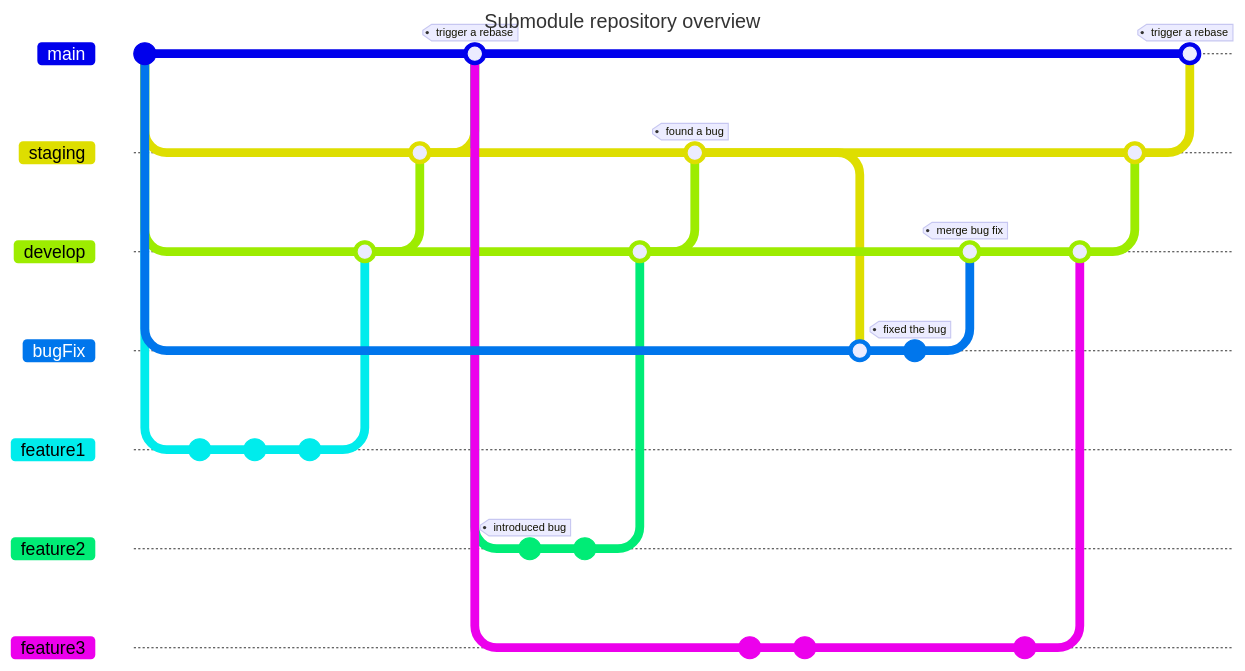
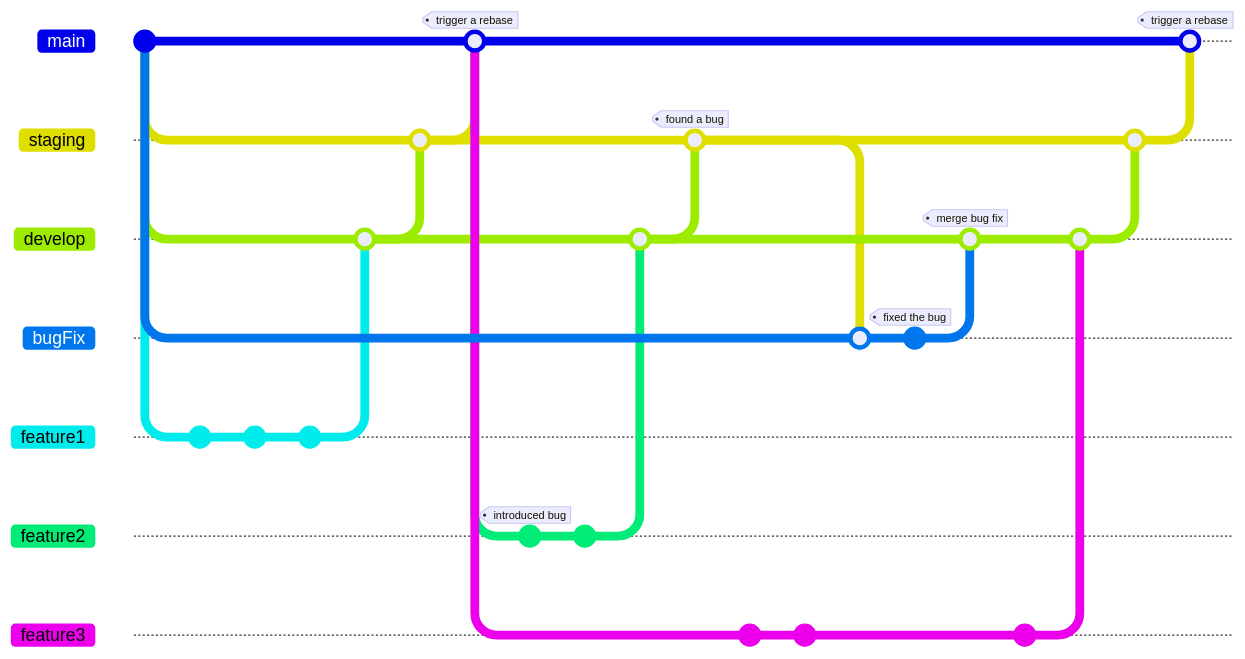
Before and after one commit to JonahsOrg/core: the second of 2 diagrams in README.md, drawn with Mermaid. The commit also changed other lines of this file, not shown here. Commit ids are hidden.

````diff
--- a/README.md
+++ b/README.md
@@ -59,63 +60,60 @@
 ```mermaid
----
-title: Submodule repository overview
----
 
 gitGraph
   commit
   branch staging
   branch develop
   branch bugFix
   branch feature1
 
   checkout feature1
   commit
   commit
   commit
 
   checkout develop
   merge feature1
 
   checkout staging
   merge develop
 
   checkout main
   merge staging tag: "trigger a rebase"
 
   branch feature2
   checkout feature2
   commit tag: "introduced bug"
   commit
 
   checkout develop
   merge feature2
 
   checkout staging
   merge develop tag: "found a bug"
 
   checkout main
   branch feature3
   checkout feature3
   commit
   commit
 
   checkout bugFix
   merge staging
   commit tag: "fixed the bug"
 
   checkout develop
   merge bugFix tag: "merge bug fix"
 
   checkout feature3
   commit
 
   checkout develop
   merge feature3
 
   checkout staging
   merge develop
 
   checkout main
   merge staging tag: "trigger a rebase"
 
 ```
````
